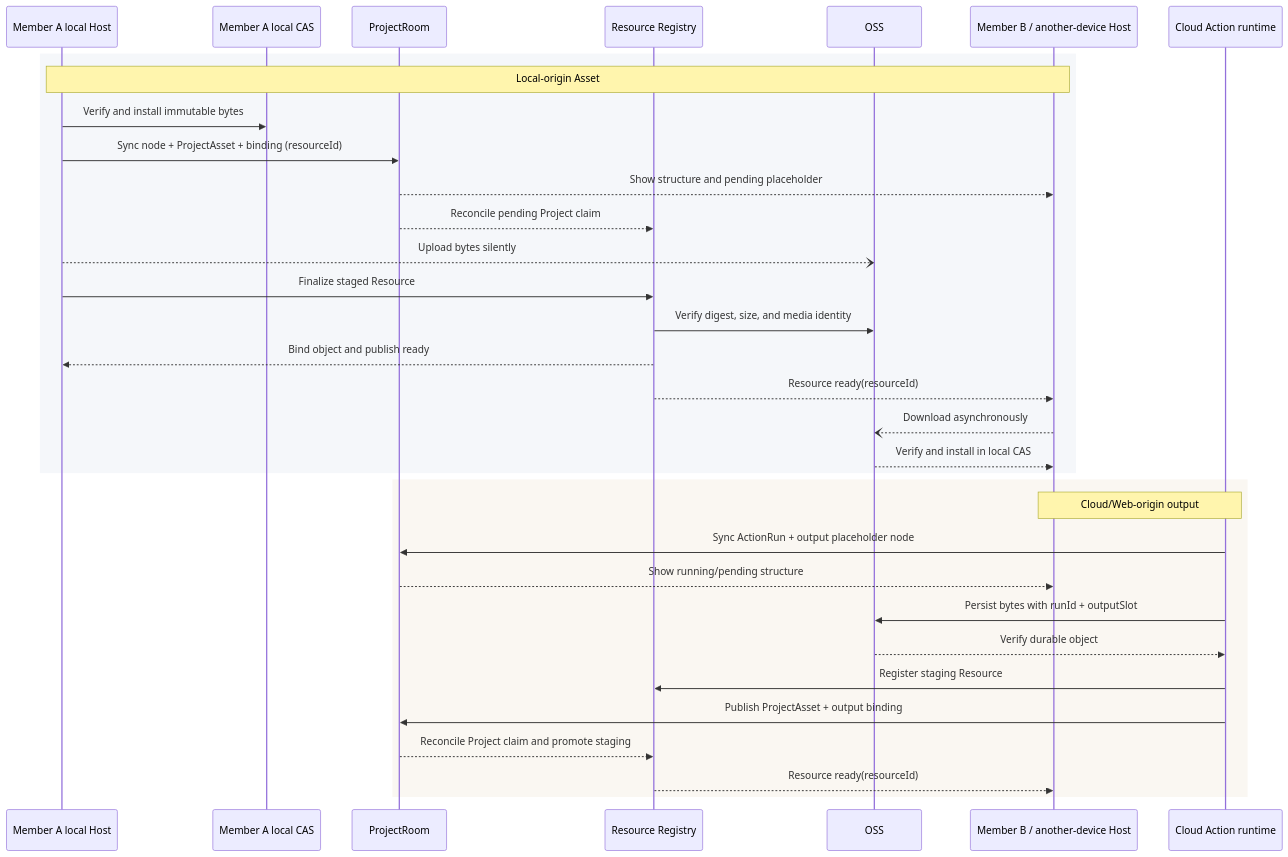
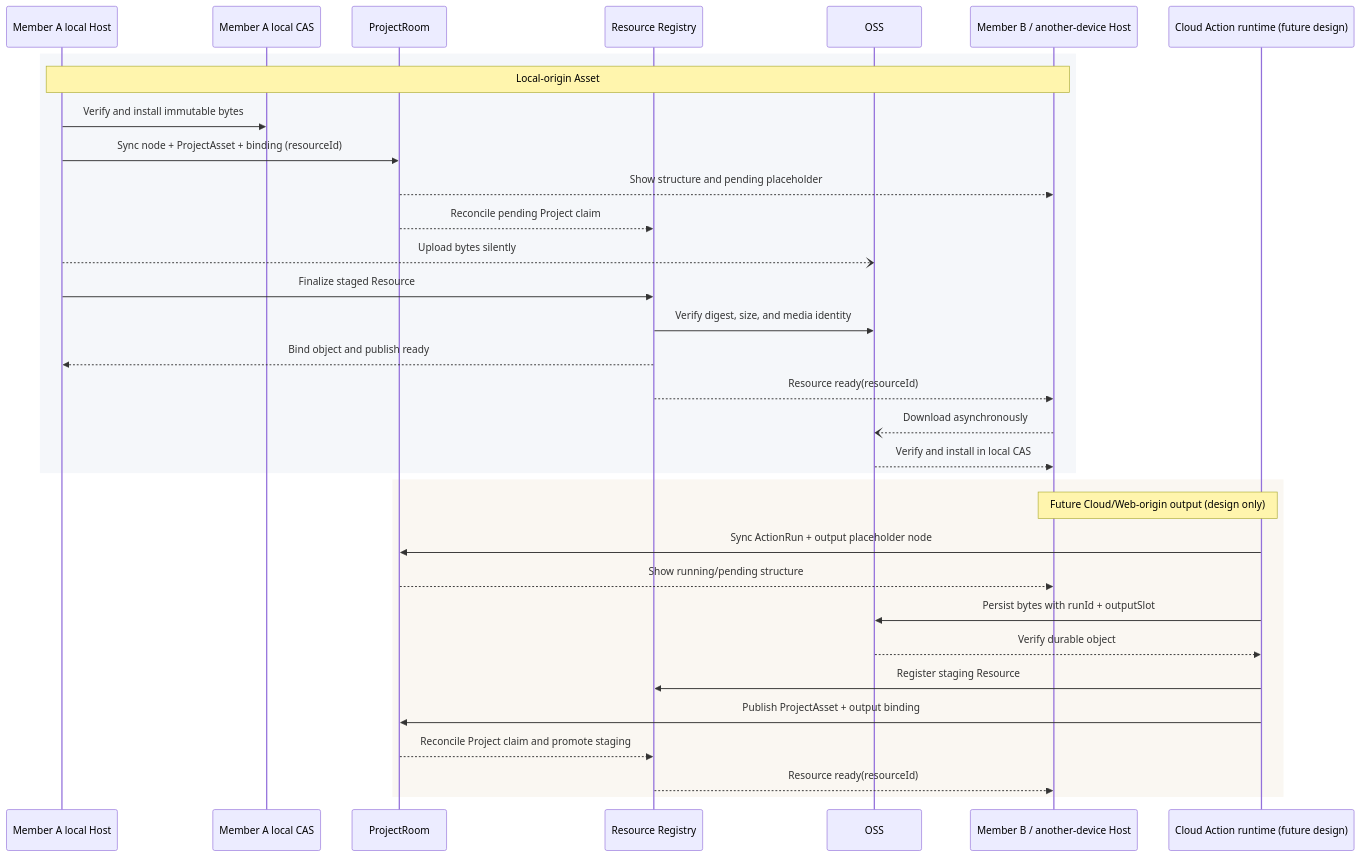
Before and after one commit to clash-space/clash: the fourth of 6 diagrams in apps/docs/guide/asset-system.md, drawn with Mermaid. The commit also changed other lines of this file and 190 other files, not shown here.

````diff
--- a/apps/docs/guide/asset-system.md
+++ b/apps/docs/guide/asset-system.md
@@ -142,37 +142,37 @@
 ```mermaid
 sequenceDiagram
   participant LA as Member A local Host
   participant LC as Member A local CAS
   participant P as ProjectRoom
   participant R as Resource Registry
   participant O as OSS
   participant RH as Member B / another-device Host
-  participant C as Cloud Action runtime
+  participant C as Cloud Action runtime (future design)
 
   rect rgb(245, 247, 250)
     Note over LA,RH: Local-origin Asset
     LA->>LC: Verify and install immutable bytes
     LA->>P: Sync node + ProjectAsset + binding (resourceId)
     P-->>RH: Show structure and pending placeholder
     P-->>R: Reconcile pending Project claim
     LA--)O: Upload bytes silently
     LA->>R: Finalize staged Resource
     R->>O: Verify digest, size, and media identity
     R-->>LA: Bind object and publish ready
     R-->>RH: Resource ready(resourceId)
     RH--)O: Download asynchronously
     O-->>RH: Verify and install in local CAS
   end
 
   rect rgb(250, 247, 242)
-    Note over C,RH: Cloud/Web-origin output
+    Note over C,RH: Future Cloud/Web-origin output (design only)
     C->>P: Sync ActionRun + output placeholder node
     P-->>RH: Show running/pending structure
     C->>O: Persist bytes with runId + outputSlot
     O-->>C: Verify durable object
     C->>R: Register staging Resource
     C->>P: Publish ProjectAsset + output binding
     P-->>R: Reconcile Project claim and promote staging
     R-->>RH: Resource ready(resourceId)
   end
 ```
````
